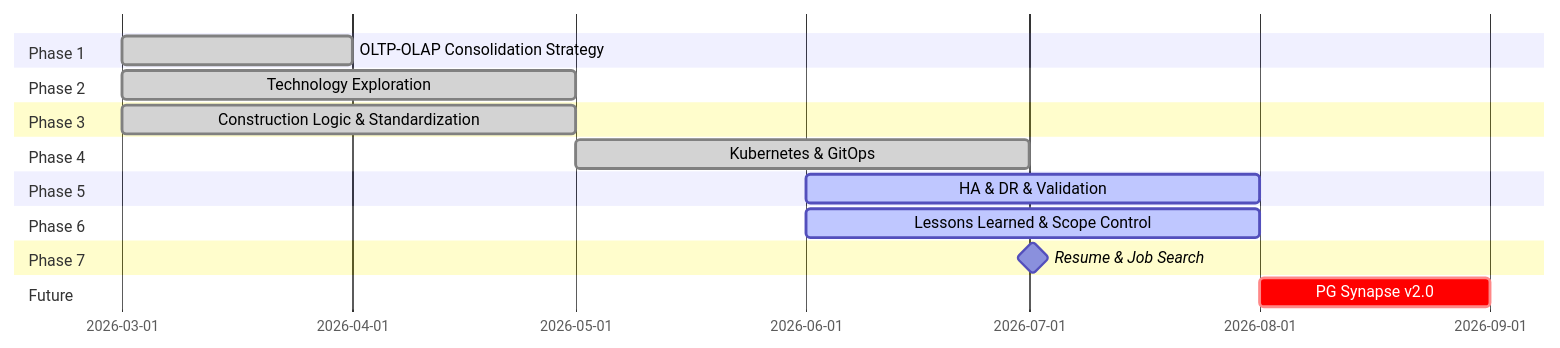
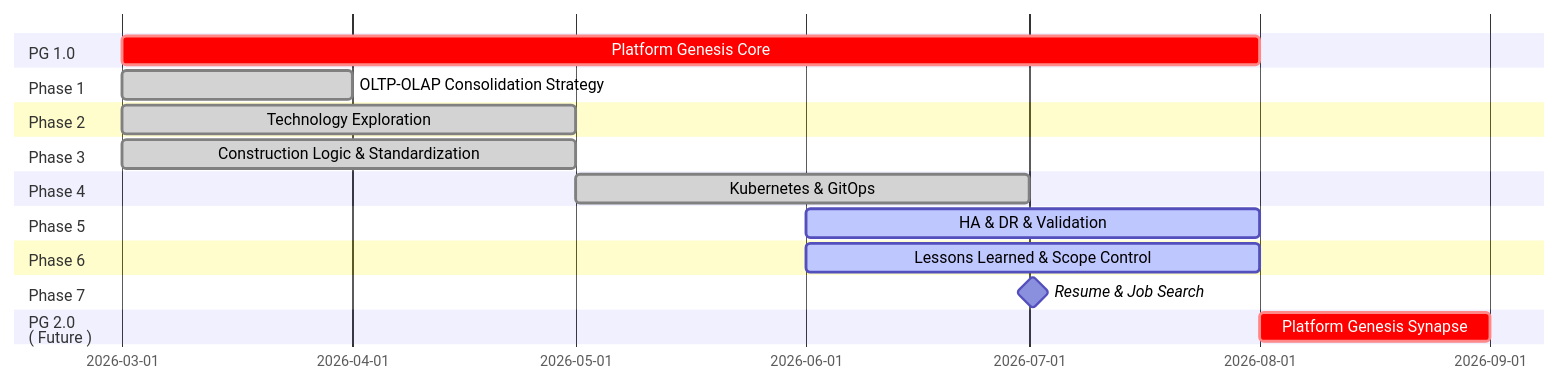
One commit to Junwu0615/PG-Core changed the diagram in README.md. Above: the diagram before and after it, drawn with Mermaid.

Commit message:
update somethings

````diff
--- a/README.md
+++ b/README.md
@@ -872,28 +872,31 @@
 ```mermaid
 gantt
     dateFormat YYYY-MM
 
+    section PG 1.0
+    Platform Genesis Core                                :crit, a0, 2026-03, 5M
+    
     section Phase 1
     OLTP-OLAP Consolidation Strategy            :done, a1, 2026-03, 1M
 
     section Phase 2
     Technology Exploration                      :done, a2, 2026-03, 2M
 
     section Phase 3
     Construction Logic & Standardization        :done, a3, 2026-03, 2M
 
     section Phase 4
     Kubernetes & GitOps                         :done, a4, 2026-05, 2M
 
     section Phase 5
     HA & DR & Validation                        :active, a5, 2026-06, 2M
 
     section Phase 6
     Lessons Learned & Scope Control             :active, a6, 2026-06, 2M
 
     section Phase 7
     Resume & Job Search                         :milestone, a7, 2026-07, 1d
 
-    section Future
-    PG Synapse v2.0                             :crit, a8, 2026-08, 1M
+    section PG 2.0<br>( Future )
+    Platform Genesis Synapse                             :crit, a8, 2026-08, 1M
 ```
````
